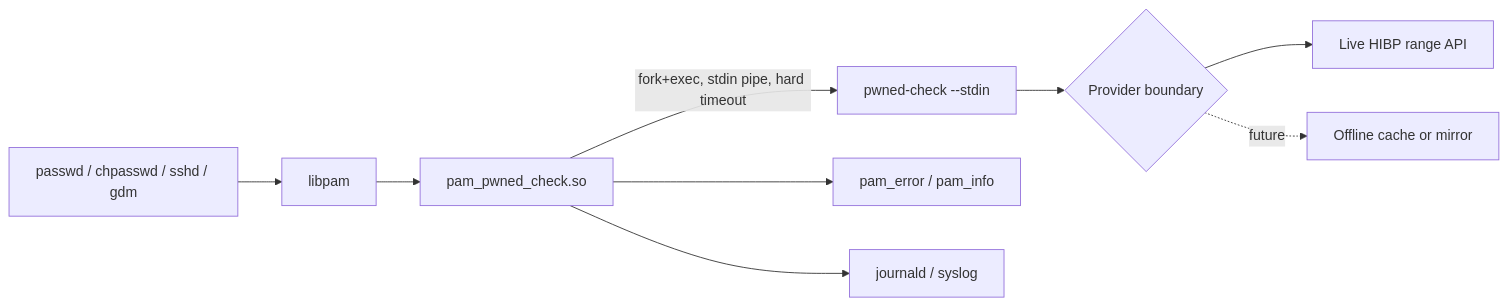
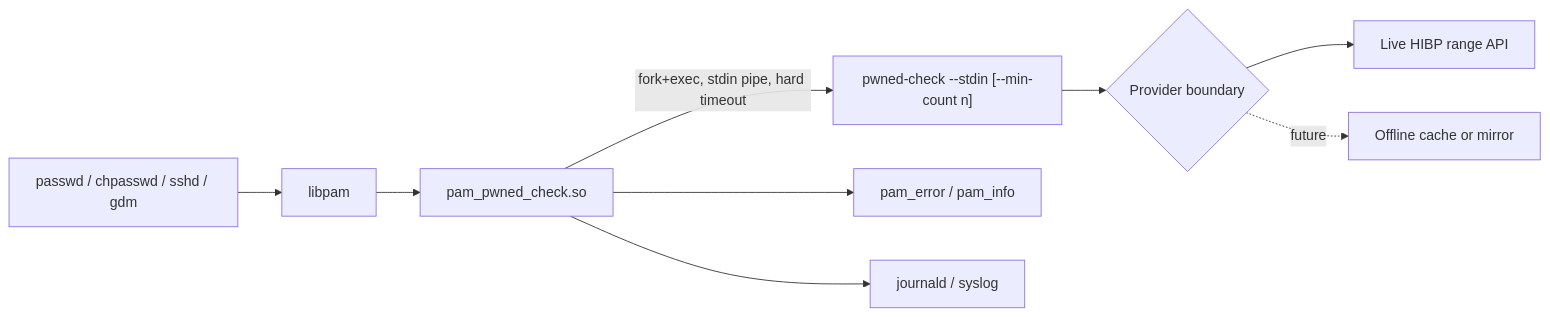
One commit to phillipmcmahon/pwned-check changed the diagram in docs/native-pam-module.md. Above: the diagram before and after it, drawn with Mermaid. The commit also changed other lines of this file and 13 other files, not shown here.

````diff
--- a/docs/native-pam-module.md
+++ b/docs/native-pam-module.md
@@ -11,11 +11,11 @@
 ```mermaid
 flowchart LR
     Passwd["passwd / chpasswd / sshd / gdm"] --> PAM["libpam"]
     PAM --> Module["pam_pwned_check.so"]
-    Module -->|fork+exec, stdin pipe, hard timeout| Checker["pwned-check --stdin"]
+    Module -->|"fork+exec, stdin pipe, hard timeout"| Checker["pwned-check --stdin [--min-count n]"]
     Checker --> Provider{"Provider boundary"}
     Provider --> HIBP["Live HIBP range API"]
     Provider -. "future" .-> Offline["Offline cache or mirror"]
     Module --> Conv["pam_error / pam_info"]
     Module --> Log["journald / syslog"]
 ```
````
